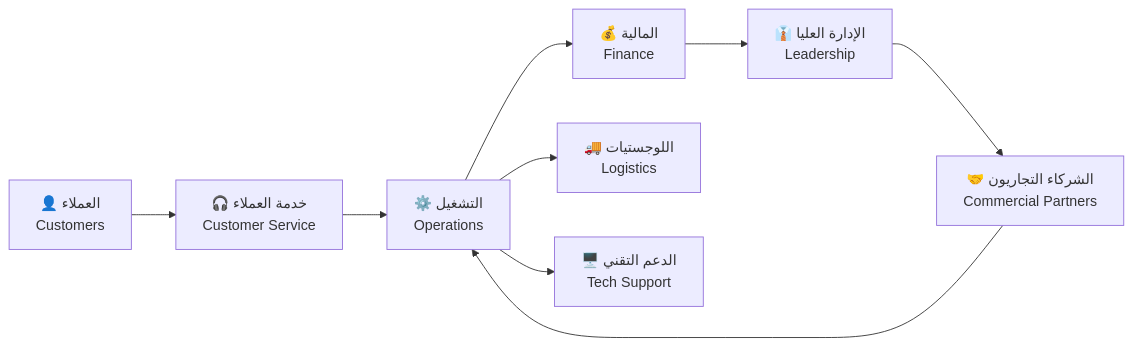
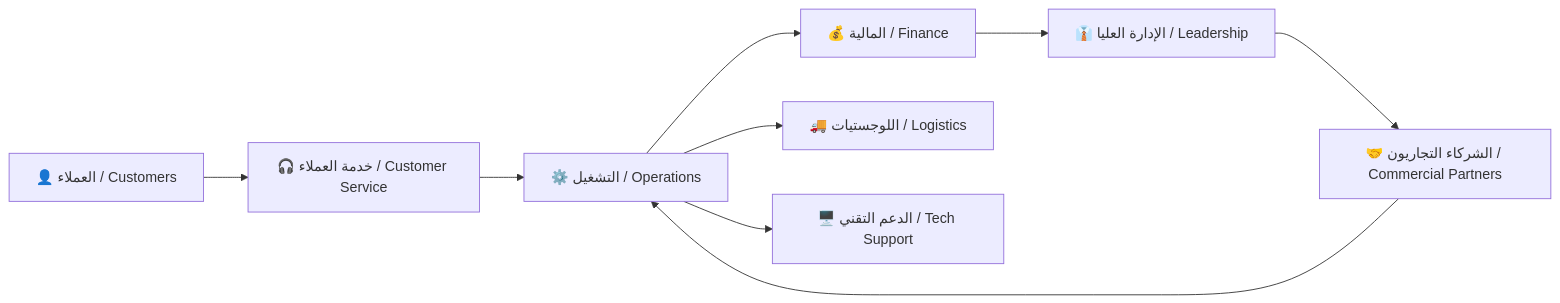
Before and after one commit to Ash69g/Documentation-Study: the first of 3 diagrams in docs/02-stakeholders/02-stakeholders.md, drawn with Mermaid. The commit also changed other lines of this file and 15 other files, not shown here.

````diff
--- a/docs/02-stakeholders/02-stakeholders.md
+++ b/docs/02-stakeholders/02-stakeholders.md
@@ -38,11 +38,11 @@
 ```mermaid
 flowchart LR
-  Customers["👤 العملاء\nCustomers"] --> CS["🎧 خدمة العملاء\nCustomer Service"]
-  CS --> Ops["⚙️ التشغيل\nOperations"]
-  Ops --> Finance["💰 المالية\nFinance"]
-  Ops --> Logistics["🚚 اللوجستيات\nLogistics"]
-  Finance --> Leadership["👔 الإدارة العليا\nLeadership"]
-  Ops --> Tech["🖥️ الدعم التقني\nTech Support"]
-  Leadership --> Partners["🤝 الشركاء التجاريون\nCommercial Partners"]
+  Customers["👤 العملاء / Customers"] --> CS["🎧 خدمة العملاء / Customer Service"]
+  CS --> Ops["⚙️ التشغيل / Operations"]
+  Ops --> Finance["💰 المالية / Finance"]
+  Ops --> Logistics["🚚 اللوجستيات / Logistics"]
+  Finance --> Leadership["👔 الإدارة العليا / Leadership"]
+  Ops --> Tech["🖥️ الدعم التقني / Tech Support"]
+  Leadership --> Partners["🤝 الشركاء التجاريون / Commercial Partners"]
   Partners --> Ops
 ```
````
